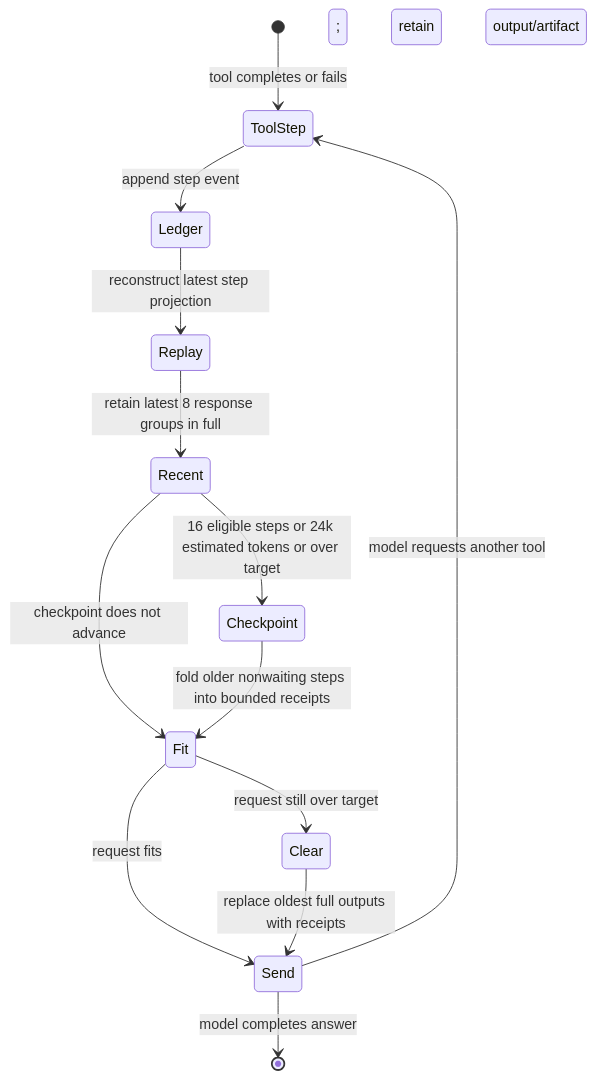
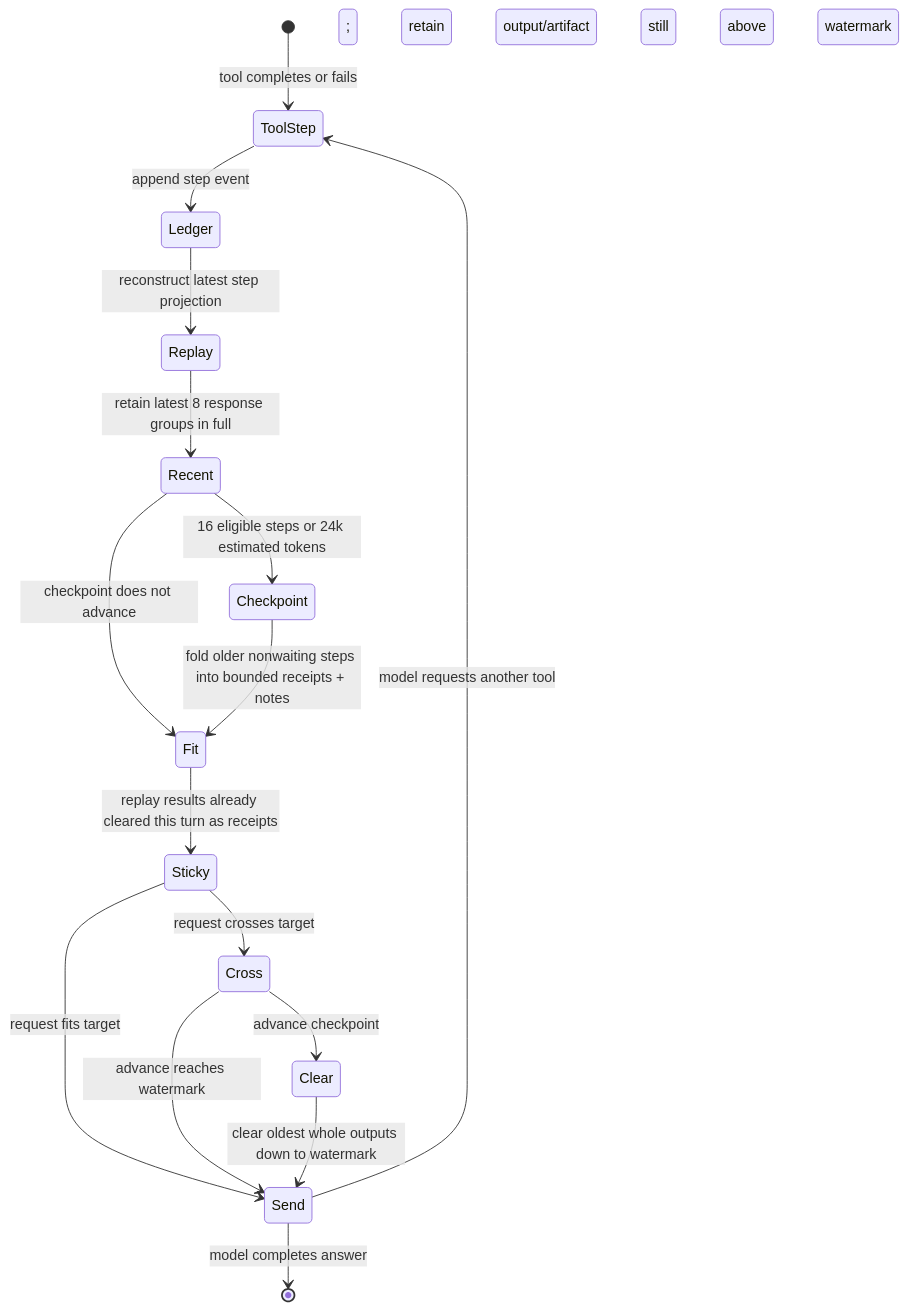
One commit to berylliumsec/nebula changed the second of 2 diagrams in docs/design/assistant-context-state-machine.md. Above: the diagram before and after it, drawn with Mermaid. The commit also changed other lines of this file and 19 other files, not shown here.

````diff
--- a/docs/design/assistant-context-state-machine.md
+++ b/docs/design/assistant-context-state-machine.md
@@ -45,15 +48,18 @@
 ```mermaid
 stateDiagram-v2
     [*] --> ToolStep: tool completes or fails
     ToolStep --> Ledger: append step event; retain output/artifact
     Ledger --> Replay: reconstruct latest step projection
     Replay --> Recent: retain latest 8 response groups in full
-    Recent --> Checkpoint: 16 eligible steps or 24k estimated tokens or over target
+    Recent --> Checkpoint: 16 eligible steps or 24k estimated tokens
     Recent --> Fit: checkpoint does not advance
-    Checkpoint --> Fit: fold older nonwaiting steps into bounded receipts
-    Fit --> Clear: request still over target
-    Fit --> Send: request fits
-    Clear --> Send: replace oldest full outputs with receipts
+    Checkpoint --> Fit: fold older nonwaiting steps into bounded receipts + notes
+    Fit --> Sticky: replay results already cleared this turn as receipts
+    Sticky --> Send: request fits target
+    Sticky --> Cross: request crosses target
+    Cross --> Clear: advance checkpoint; still above watermark
+    Cross --> Send: advance reaches watermark
+    Clear --> Send: clear oldest whole outputs down to watermark
     Send --> ToolStep: model requests another tool
     Send --> [*]: model completes answer
 ```
````
